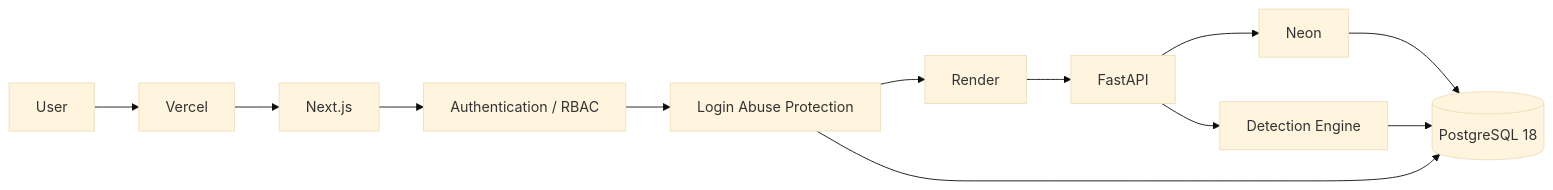
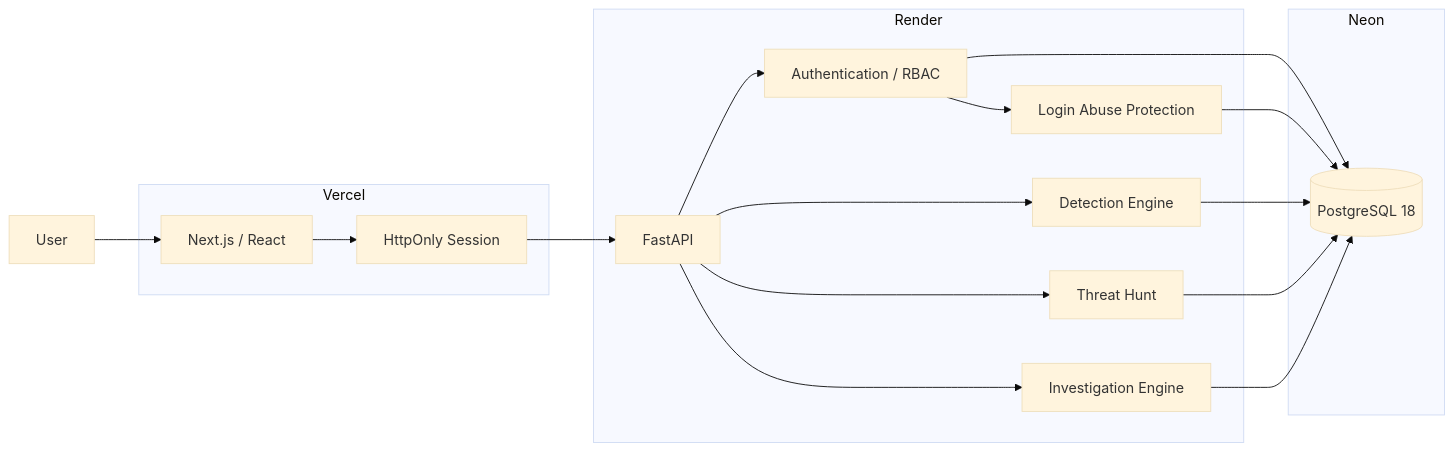
The second of 3 diagrams in README.md (danielguillaumont/case-zero), drawn with Mermaid (base theme) before and after one commit. The commit also changed other lines of this file and 12 other files, not shown here.

````diff
--- a/README.md
+++ b/README.md
@@ -333,25 +770,38 @@
 ```mermaid
 flowchart LR
     USER["User"]
-    VERCEL["Vercel"]
-    UI["Next.js"]
-    AUTH["Authentication / RBAC"]
-    THROTTLE["Login Abuse Protection"]
-    RENDER["Render"]
-    API["FastAPI"]
-    DET["Detection Engine"]
-    NEON["Neon"]
-    DB[("PostgreSQL 18")]
 
-    USER --> VERCEL
-    VERCEL --> UI
-    UI --> AUTH
+    subgraph FRONTEND["Vercel"]
+        NEXT["Next.js / React"]
+        SESSION["HttpOnly Session"]
+    end
+
+    subgraph BACKEND["Render"]
+        API["FastAPI"]
+        AUTH["Authentication / RBAC"]
+        THROTTLE["Login Abuse Protection"]
+        DET["Detection Engine"]
+        HUNT["Threat Hunt"]
+        CASES["Investigation Engine"]
+    end
+
+    subgraph DATA["Neon"]
+        DB[("PostgreSQL 18")]
+    end
+
+    USER --> NEXT
+    NEXT --> SESSION
+    SESSION --> API
+
+    API --> AUTH
     AUTH --> THROTTLE
-    THROTTLE --> RENDER
-    RENDER --> API
     API --> DET
-    API --> NEON
-    NEON --> DB
+    API --> HUNT
+    API --> CASES
+
+    AUTH --> DB
+    THROTTLE --> DB
     DET --> DB
-    THROTTLE --> DB
+    HUNT --> DB
+    CASES --> DB
 ```
````
